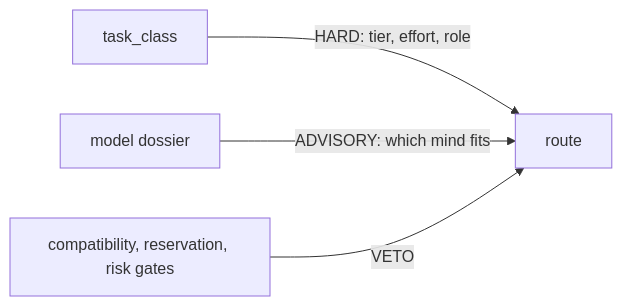
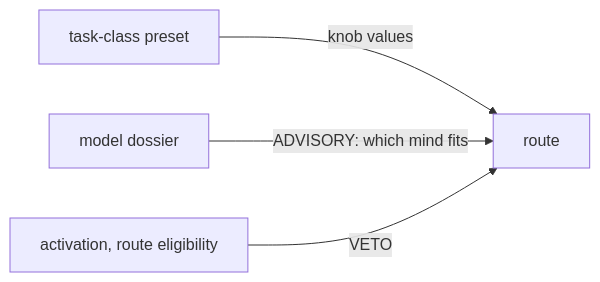
One commit to mblauberg/provenant changed the diagram in docs/model-dossier.md. Above: the diagram before and after it, drawn with Mermaid. The commit also changed other lines of this file and 9 other files, not shown here.

Commit message:
docs: align architecture and retire unread config

````diff
--- a/docs/model-dossier.md
+++ b/docs/model-dossier.md
@@ -33,6 +35,6 @@
 ```mermaid
 flowchart LR
-  A[task_class] -->|HARD: tier, effort, role| R[route]
+  A[task-class preset] -->|knob values| R[route]
   D[model dossier] -->|ADVISORY: which mind fits| R
-  G[compatibility, reservation, risk gates] -->|VETO| R
+  G[activation, route eligibility] -->|VETO| R
 ```
````
